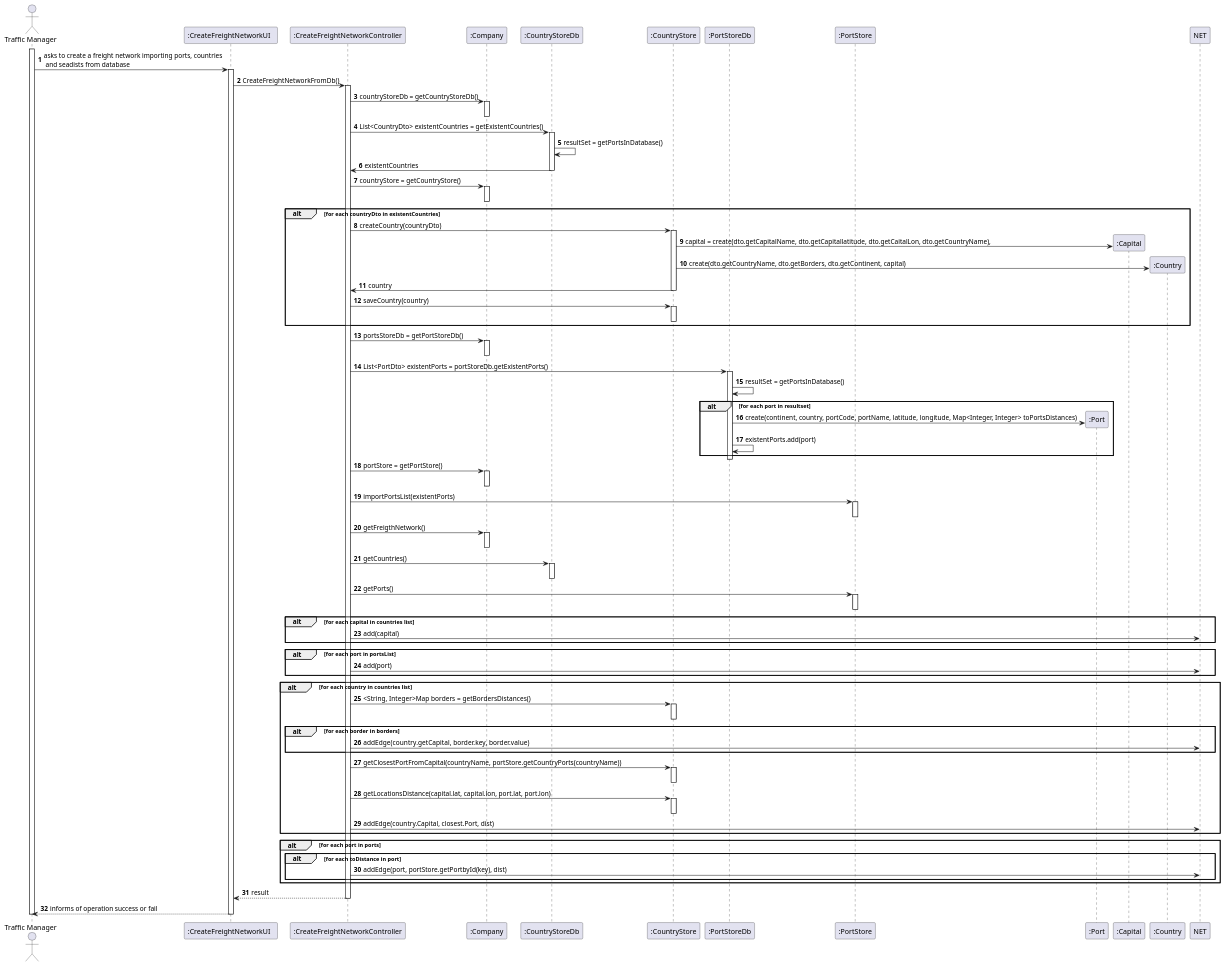
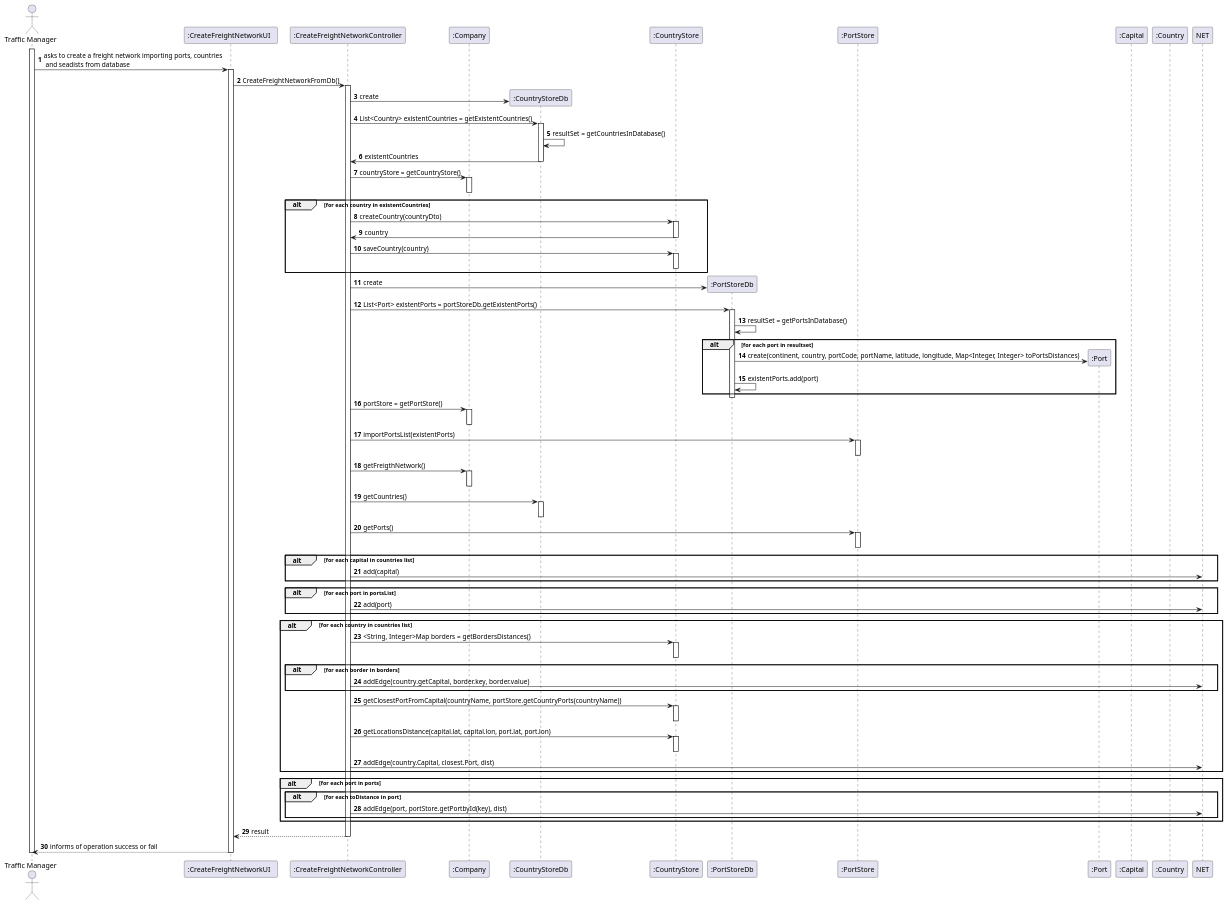
One commit to ana-albergaria/LAPR3-ISEP changed the diagram in docs/Sprint 3/US301/US301_SD.puml. Above: the diagram before and after it, drawn with PlantUML. The commit also changed 9 other files, not shown here.

Commit message:
G54-155 G54-223 #time 40m #comment adding tests for new stores methods and adjusting part of the diagrams

```diff
--- a/docs/Sprint 3/US301/US301_SD.puml
+++ b/docs/Sprint 3/US301/US301_SD.puml
@@ -1,107 +1,101 @@
 @startuml
 autonumber
 'hide footbox
 actor "Traffic Manager" as PM
 participant ":CreateFreightNetworkUI  " as UI
 participant ":CreateFreightNetworkController" as CTRL
 participant ":Company" as CMP
 participant ":CountryStoreDb" as CSTORE
 participant ":CountryStore" as LSTORE
 participant ":PortStoreDb" as STORE
 participant ":PortStore" as PSTORE
 participant ":Port" as PORT
 participant ":Capital" as CAP
 participant ":Country" as CTRY
 
 
 activate PM
 PM -> UI : asks to create a freight network importing ports, countries\n and seadists from database
 activate UI
 
 UI -> CTRL : CreateFreightNetworkFromDb()
 activate CTRL
-CTRL -> CMP : countryStoreDb = getCountryStoreDb()
-activate CMP
-deactivate CMP
-CTRL -> CSTORE : List<CountryDto> existentCountries = getExistentCountries()
+CTRL -> CSTORE** : create
+CTRL -> CSTORE : List<Country> existentCountries = getExistentCountries()
 activate CSTORE
-CSTORE -> CSTORE: resultSet = getPortsInDatabase()
+CSTORE -> CSTORE: resultSet = getCountriesInDatabase()
 CSTORE -> CTRL: existentCountries
 deactivate CSTORE
 CTRL -> CMP : countryStore = getCountryStore()
 activate CMP
 deactivate CMP
-alt for each countryDto in existentCountries
+alt for each country in existentCountries
 CTRL -> LSTORE : createCountry(countryDto)
 activate LSTORE
-LSTORE -> CAP** : capital = create(dto.getCapitalName, dto.getCapitallatitude, dto.getCaitalLon, dto.getCountryName),
-LSTORE -> CTRY** : create(dto.getCountryName, dto.getBorders, dto.getContinent, capital)
 LSTORE -> CTRL : country
 deactivate LSTORE
 CTRL -> LSTORE: saveCountry(country)
 activate LSTORE
 deactivate LSTORE
 end
 deactivate CSTORE
-CTRL -> CMP : portsStoreDb = getPortStoreDb()
-activate CMP
-deactivate CMP
-CTRL -> STORE : List<PortDto> existentPorts = portStoreDb.getExistentPorts()
+CTRL -> STORE** : create
+CTRL -> STORE : List<Port> existentPorts = portStoreDb.getExistentPorts()
 activate STORE
 STORE -> STORE: resultSet = getPortsInDatabase()
 alt for each port in resultset
 STORE -> PORT** : create(continent, country, portCode, portName, latitude, longitude, Map<Integer, Integer> toPortsDistances)
 STORE -> STORE : existentPorts.add(port)
 end
 deactivate STORE
 
 CTRL -> CMP: portStore = getPortStore()
 activate CMP
 deactivate CMP
 
 CTRL -> PSTORE : importPortsList(existentPorts)
 activate PSTORE
 deactivate PSTORE
 deactivate STORE
 CTRL -> CMP : getFreigthNetwork()
 activate CMP
 deactivate CMP
 CTRL -> CSTORE : getCountries()
 activate CSTORE
 deactivate CSTORE
 CTRL -> PSTORE: getPorts()
 activate PSTORE
 deactivate PSTORE
 alt for each capital in countries list
 CTRL -> NET : add(capital)
 end
 alt for each port in portsList
 CTRL -> NET : add(port)
 end
 alt for each country in countries list
 CTRL -> LSTORE : <String, Integer>Map borders =  getBordersDistances()
 activate LSTORE
 deactivate LSTORE
 alt for each border in borders
 CTRL -> NET : addEdge(country.getCapital, border.key, border.value)
 end
 CTRL -> LSTORE: getClosestPortFromCapital(countryName, portStore.getCountryPorts(countryName))
 activate LSTORE
 deactivate LSTORE
 CTRL -> LSTORE: getLocationsDistance(capital.lat, capital.lon, port.lat, port.lon)
 activate LSTORE
 deactivate LSTORE
 CTRL -> NET : addEdge(country.Capital, closest.Port, dist)
 end
 alt for each port in ports
 alt for each toDistance in port
 CTRL -> NET : addEdge(port, portStore.getPortbyId(key), dist)
 end
 end
 CTRL --> UI : result
 deactivate CTRL
 UI --> PM : informs of operation success or fail
 deactivate UI
 deactivate PM
 
 @enduml
```
